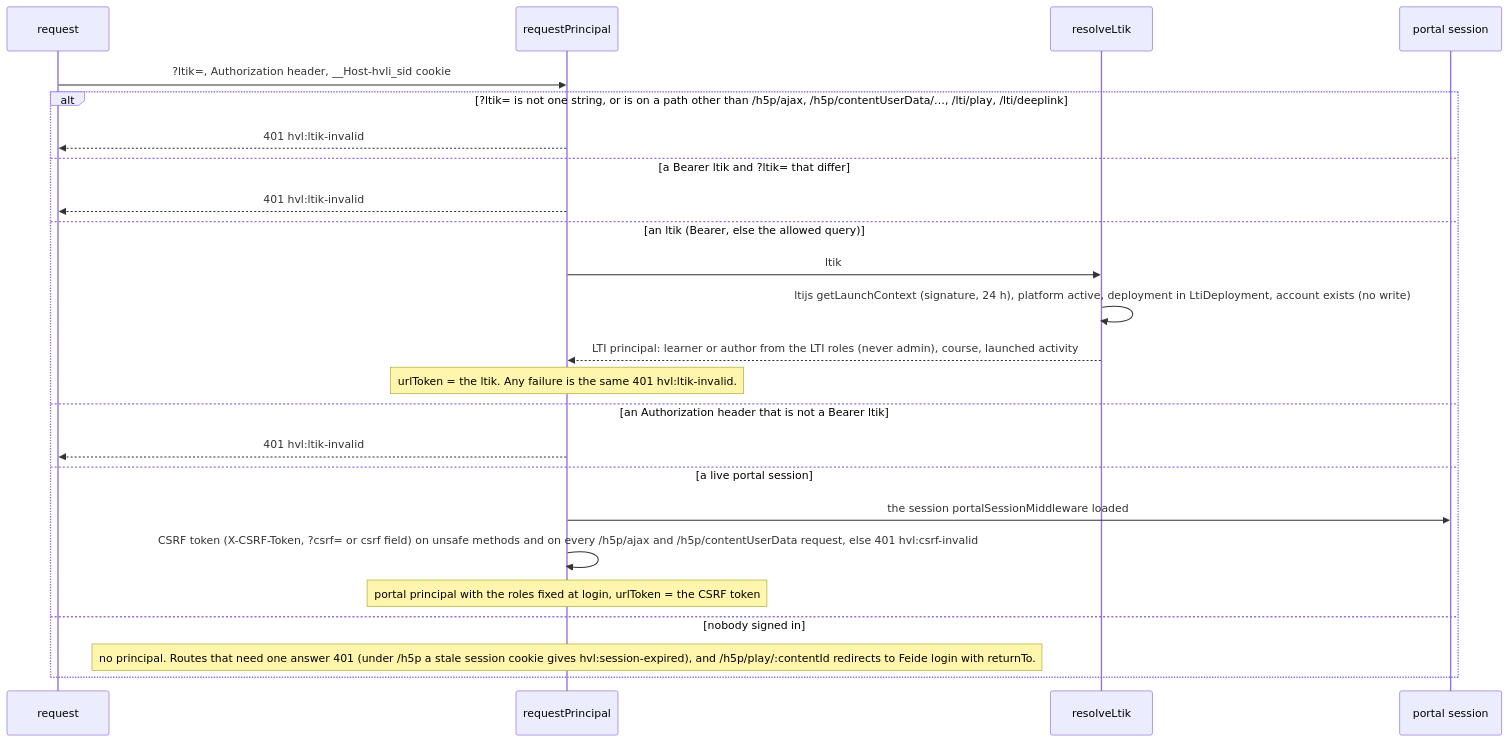
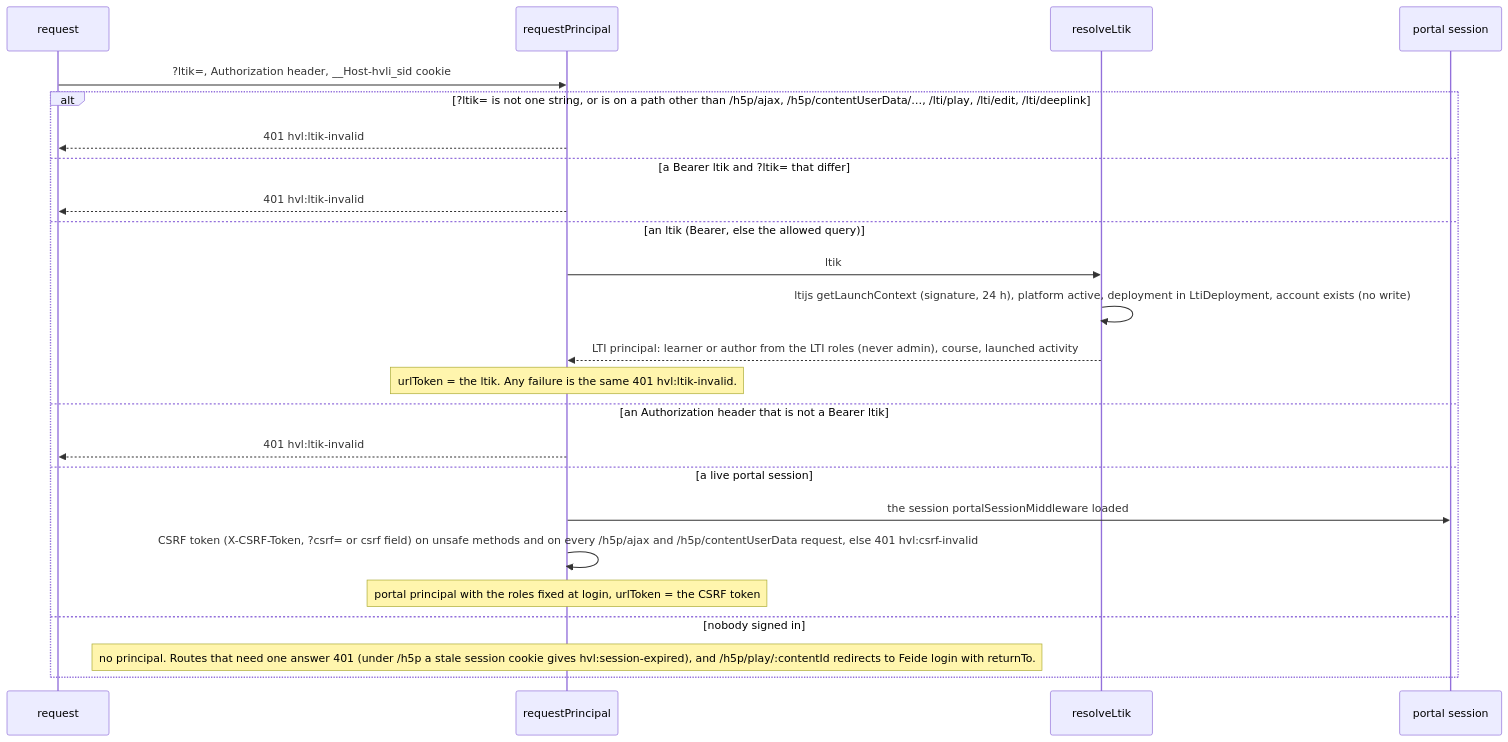
Before and after one commit to bobthebob58/HVL-INTERAKTIV: the fourth of 10 diagrams in apps/server/README.md, drawn with Mermaid. The commit also changed other lines of this file and 14 other files, not shown here.

````diff
--- a/apps/server/README.md
+++ b/apps/server/README.md
@@ -223,26 +240,26 @@
 ```mermaid
 sequenceDiagram
     participant Req as request
     participant RP as requestPrincipal
     participant LT as resolveLtik
     participant PS as portal session
     Req->>RP: ?ltik=, Authorization header, __Host-hvli_sid cookie
-    alt ?ltik= is not one string, or is on a path other than /h5p/ajax, /h5p/contentUserData/…, /lti/play, /lti/deeplink
+    alt ?ltik= is not one string, or is on a path other than /h5p/ajax, /h5p/contentUserData/…, /lti/play, /lti/edit, /lti/deeplink
         RP-->>Req: 401 hvl:ltik-invalid
     else a Bearer ltik and ?ltik= that differ
         RP-->>Req: 401 hvl:ltik-invalid
     else an ltik (Bearer, else the allowed query)
         RP->>LT: ltik
         LT->>LT: ltijs getLaunchContext (signature, 24 h), platform active, deployment in LtiDeployment, account exists (no write)
         LT-->>RP: LTI principal: learner or author from the LTI roles (never admin), course, launched activity
         Note over RP: urlToken = the ltik. Any failure is the same 401 hvl:ltik-invalid.
     else an Authorization header that is not a Bearer ltik
         RP-->>Req: 401 hvl:ltik-invalid
     else a live portal session
         RP->>PS: the session portalSessionMiddleware loaded
         RP->>RP: CSRF token (X-CSRF-Token, ?csrf= or csrf field) on unsafe methods and on every /h5p/ajax and /h5p/contentUserData request, else 401 hvl:csrf-invalid
         Note over RP: portal principal with the roles fixed at login, urlToken = the CSRF token
     else nobody signed in
         Note over RP: no principal. Routes that need one answer 401 (under /h5p a stale session cookie gives hvl:session-expired), and /h5p/play/:contentId redirects to Feide login with returnTo.
     end
 ```
````
